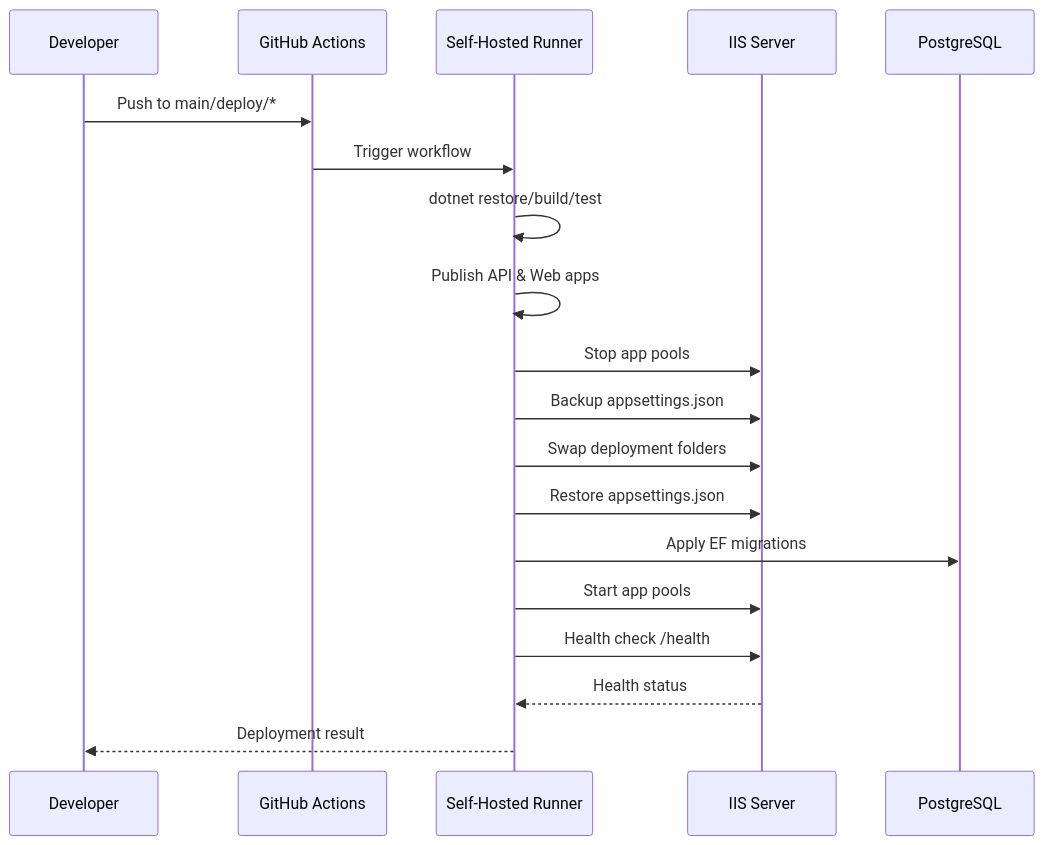
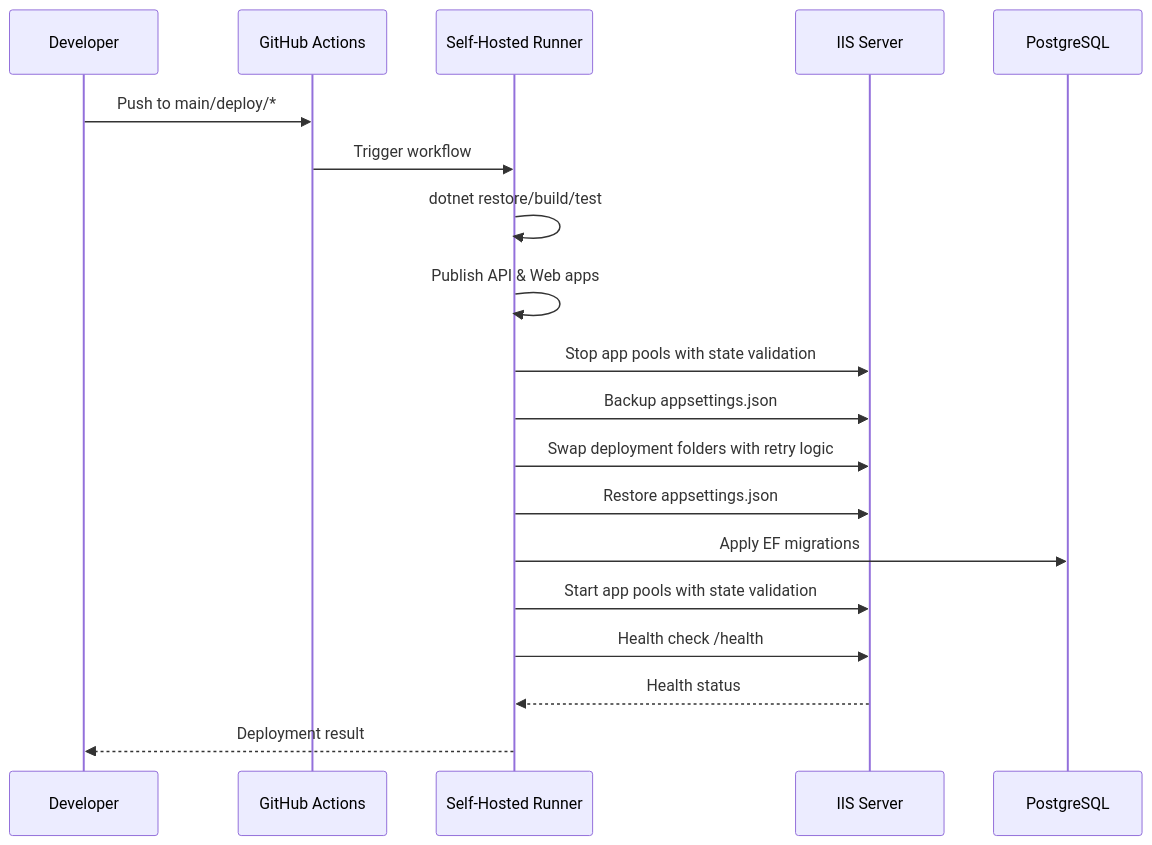
Before and after one commit to lamhongbac/NonCash: the third of 7 diagrams in .qoder/repowiki/en/content/Configuration and Deployment/Deployment Strategies and Infrastructure.md, drawn with Mermaid. The commit also changed other lines of this file and 1 other file, not shown here.

````diff
--- a/.qoder/repowiki/en/content/Configuration and Deployment/Deployment Strategies and Infrastructure.md
+++ b/.qoder/repowiki/en/content/Configuration and Deployment/Deployment Strategies and Infrastructure.md
@@ -248,21 +251,21 @@
 ```mermaid
 sequenceDiagram
 participant Dev as Developer
 participant GH as GitHub Actions
 participant Runner as Self-Hosted Runner
 participant IIS as IIS Server
 participant DB as PostgreSQL
 Dev->>GH : Push to main/deploy/*
 GH->>Runner : Trigger workflow
 Runner->>Runner : dotnet restore/build/test
 Runner->>Runner : Publish API & Web apps
-Runner->>IIS : Stop app pools
+Runner->>IIS : Stop app pools with state validation
 Runner->>IIS : Backup appsettings.json
-Runner->>IIS : Swap deployment folders
+Runner->>IIS : Swap deployment folders with retry logic
 Runner->>IIS : Restore appsettings.json
 Runner->>DB : Apply EF migrations
-Runner->>IIS : Start app pools
+Runner->>IIS : Start app pools with state validation
 Runner->>IIS : Health check /health
 IIS-->>Runner : Health status
 Runner-->>Dev : Deployment result
 ```
````
